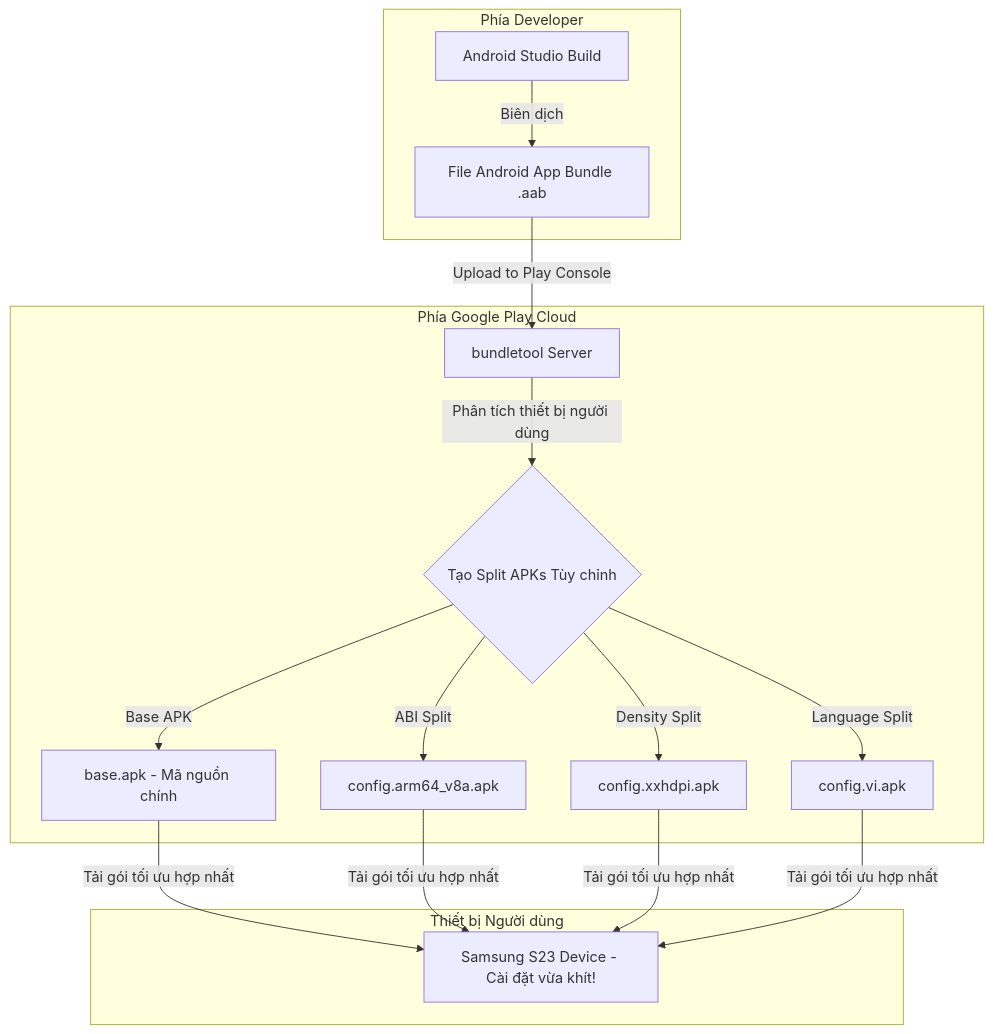
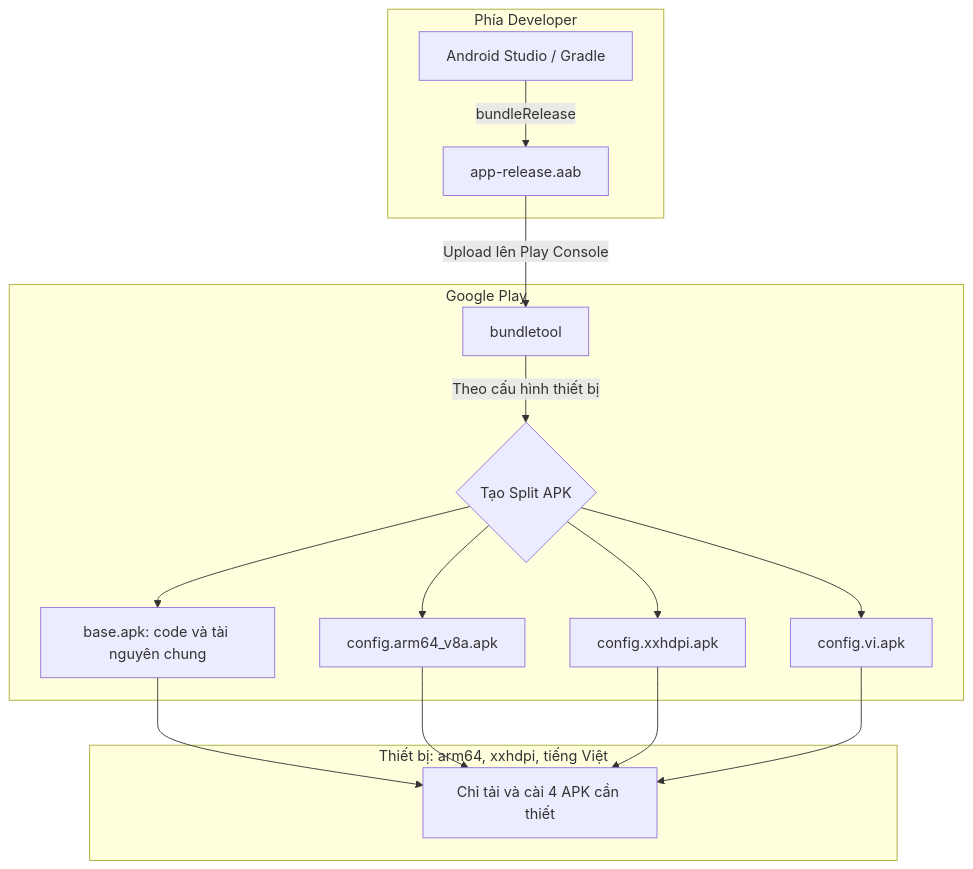
One commit to h1eu/knowledge changed the second of 3 diagrams in knowledge/android/docs/session_01/output_packages/aab_files.md. Above: the diagram before and after it, drawn with Mermaid. The commit also changed other lines of this file and 80 other files, not shown here.

First line of the commit message:
docs(android): rewrite Session 01, add Claude Code config and diagrams

````diff
--- a/knowledge/android/docs/session_01/output_packages/aab_files.md
+++ b/knowledge/android/docs/session_01/output_packages/aab_files.md
@@ -64,19 +66,24 @@
 ```mermaid
 flowchart TD
-    subgraph Development [Phía Developer]
-        A[Android Studio Build] -->|Biên dịch| B[File Android App Bundle .aab]
+    subgraph Development ["Phía Developer"]
+        A["Android Studio / Gradle"] -->|"bundleRelease"| B["app-release.aab"]
     end
 
-    subgraph Cloud [Phía Google Play Cloud]
-        B -->|Upload to Play Console| C[bundletool Server]
-        C -->|Phân tích thiết bị người dùng| D{Tạo Split APKs Tùy chỉnh}
-        D -->|Base APK| E1[base.apk - Mã nguồn chính]
-        D -->|ABI Split| E2[config.arm64_v8a.apk]
-        D -->|Density Split| E3[config.xxhdpi.apk]
-        D -->|Language Split| E4[config.vi.apk]
+    subgraph Cloud ["Google Play"]
+        B -->|"Upload lên Play Console"| C["bundletool"]
+        C -->|"Theo cấu hình thiết bị"| D{"Tạo Split APK"}
+        D --> E1["base.apk: code và tài nguyên chung"]
+        D --> E2["config.arm64_v8a.apk"]
+        D --> E3["config.xxhdpi.apk"]
+        D --> E4["config.vi.apk"]
     end
 
-    subgraph Device [Thiết bị Người dùng]
-        E1 & E2 & E3 & E4 -->|Tải gói tối ưu hợp nhất| F[Samsung S23 Device - Cài đặt vừa khít!]
+    subgraph Device ["Thiết bị: arm64, xxhdpi, tiếng Việt"]
+        F["Chỉ tải và cài 4 APK cần thiết"]
     end
+
+    E1 --> F
+    E2 --> F
+    E3 --> F
+    E4 --> F
 ```
````
